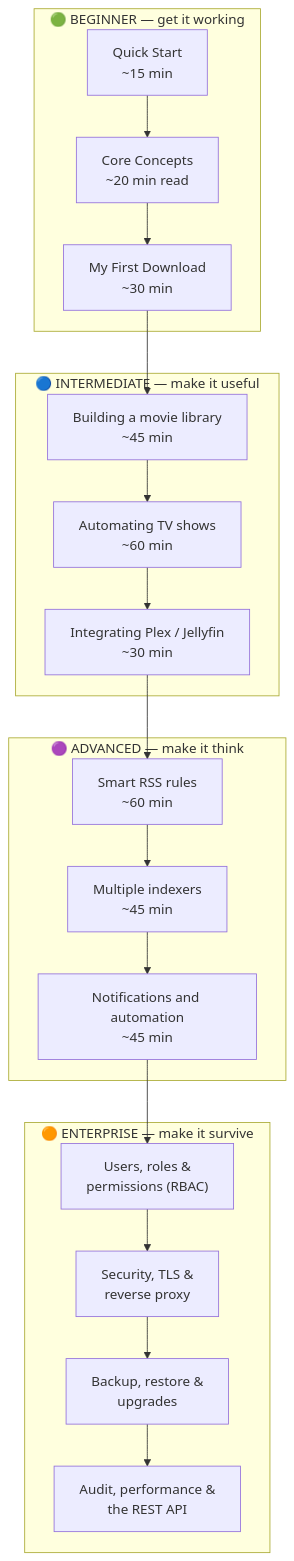
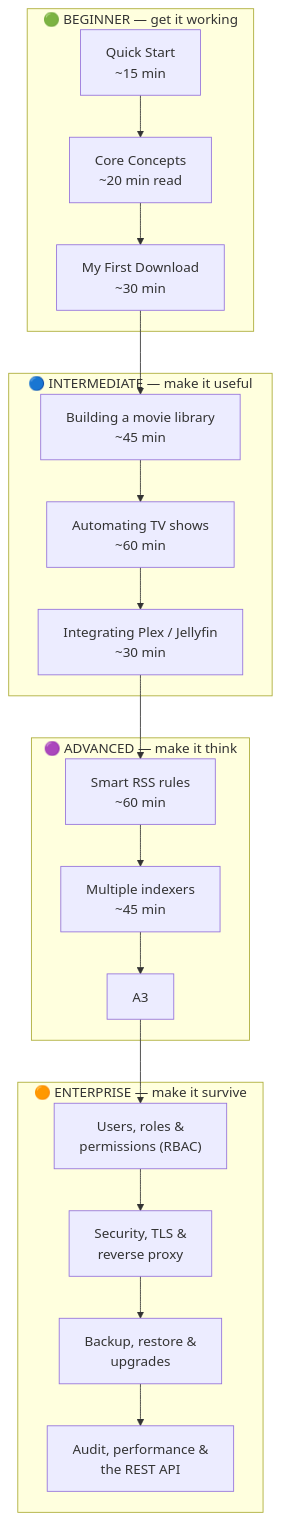
One commit to damirabal/ultratorrent-core changed the first of 2 diagrams in website/docs/learn/tutorials/index.md. Above: the diagram before and after it, drawn with Mermaid. The commit also changed other lines of this file and 55 other files, not shown here.

````diff
--- a/website/docs/learn/tutorials/index.md
+++ b/website/docs/learn/tutorials/index.md
@@ -26,35 +26,34 @@
 ```mermaid
 flowchart TB
   subgraph B["🟢 BEGINNER — get it working"]
     B1["Quick Start<br/>~15 min"]
     B2["Core Concepts<br/>~20 min read"]
     B3["My First Download<br/>~30 min"]
     B1 --> B2 --> B3
   end
 
   subgraph I["🔵 INTERMEDIATE — make it useful"]
     I1["Building a movie library<br/>~45 min"]
     I2["Automating TV shows<br/>~60 min"]
     I3["Integrating Plex / Jellyfin<br/>~30 min"]
     I1 --> I2 --> I3
   end
 
   subgraph A["🟣 ADVANCED — make it think"]
     A1["Smart RSS rules<br/>~60 min"]
     A2["Multiple indexers<br/>~45 min"]
-    A3["Notifications and automation<br/>~45 min"]
     A1 --> A2 --> A3
   end
 
   subgraph E["🟠 ENTERPRISE — make it survive"]
     E1["Users, roles &<br/>permissions (RBAC)"]
     E2["Security, TLS &<br/>reverse proxy"]
     E3["Backup, restore &<br/>upgrades"]
     E4["Audit, performance &<br/>the REST API"]
     E1 --> E2 --> E3 --> E4
   end
 
   B3 --> I1
   I3 --> A1
   A3 --> E1
 ```
````
